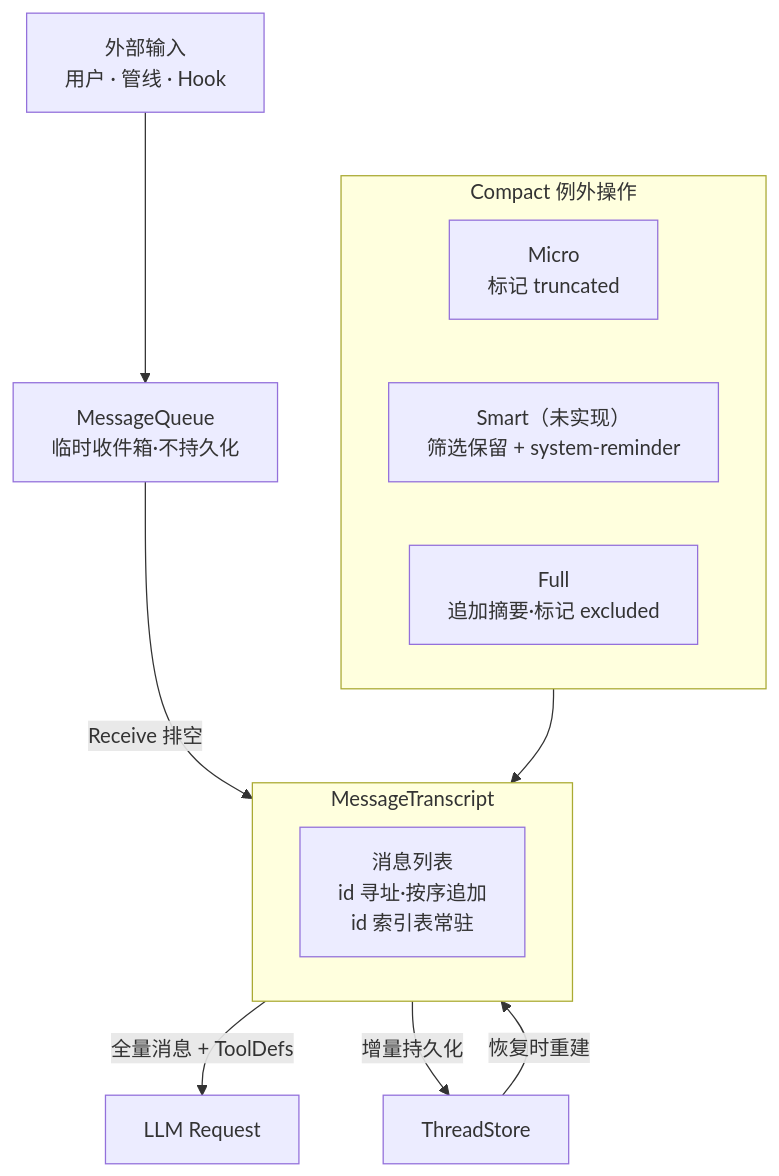
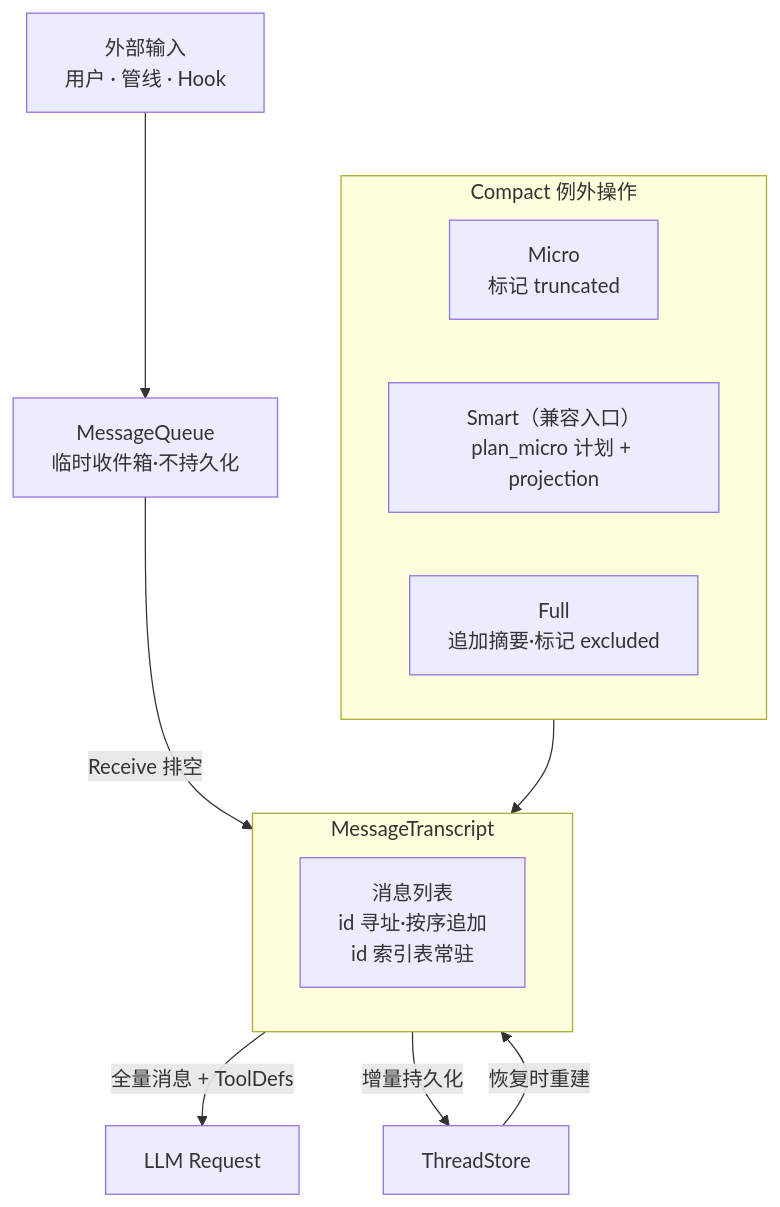
One commit to KonghaYao/peri changed the diagram in docs/design/peri-agent-message-store-v2.md. Above: the diagram before and after it, drawn with Mermaid. The commit also changed other lines of this file and 14 other files, not shown here.

````diff
--- a/docs/design/peri-agent-message-store-v2.md
+++ b/docs/design/peri-agent-message-store-v2.md
@@ -20,24 +20,24 @@
 ```mermaid
 graph TB
     EXT["外部输入<br/>用户 · 管线 · Hook"]
     EXT --> MQ
 
     MQ["MessageQueue<br/>临时收件箱·不持久化"] -->|"Receive 排空"| TRANSCRIPT
 
     subgraph TRANSCRIPT["MessageTranscript"]
         MSGS["消息列表<br/>id 寻址·按序追加<br/>id 索引表常驻"]
     end
 
     TRANSCRIPT -->|"全量消息 + ToolDefs"| LLM["LLM Request"]
     TRANSCRIPT -->|"增量持久化"| PERSIST["ThreadStore"]
 
     subgraph COMPACT["Compact 例外操作"]
         MICRO["Micro<br/>标记 truncated"]
-        SMART["Smart（未实现）<br/>筛选保留 + system-reminder"]
+        SMART["Smart（兼容入口）<br/>plan_micro 计划 + projection"]
         FULL["Full<br/>追加摘要·标记 excluded"]
     end
 
     COMPACT --> TRANSCRIPT
 
     PERSIST -->|"恢复时重建"| TRANSCRIPT
 ```
````
